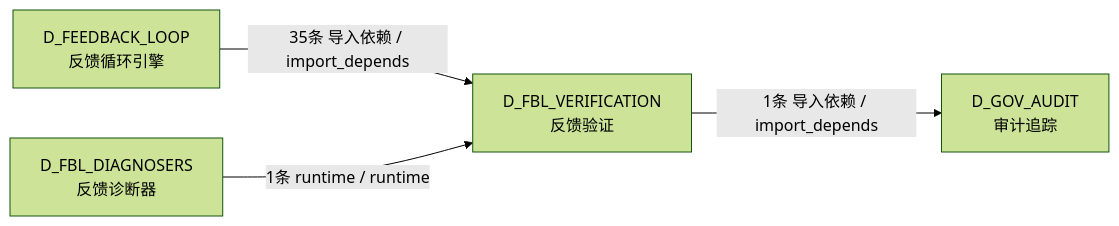
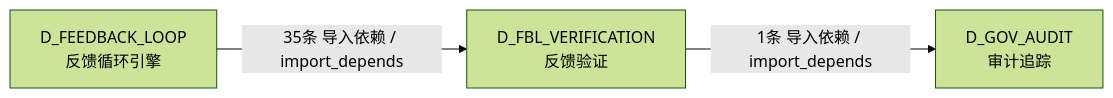
The sixth of 6 diagrams in docs/02_enterprise_architecture/02_domain_architecture_docs/13_d_fbl_verification.md (xuanFelixVan/ZephyrAlpha), drawn with Mermaid (forest theme) before and after one commit. The commit also changed other lines of this file and 105 other files, not shown here.

````diff
--- a/docs/02_enterprise_architecture/02_domain_architecture_docs/13_d_fbl_verification.md
+++ b/docs/02_enterprise_architecture/02_domain_architecture_docs/13_d_fbl_verification.md
@@ -496,10 +490,8 @@
 ```mermaid
 graph LR
     D_FBL_VERIFICATION["D_FBL_VERIFICATION<br/>反馈验证"]
     D_GOV_AUDIT["D_GOV_AUDIT<br/>审计追踪"]
     D_FEEDBACK_LOOP["D_FEEDBACK_LOOP<br/>反馈循环引擎"]
-    D_FBL_DIAGNOSERS["D_FBL_DIAGNOSERS<br/>反馈诊断器"]
     D_FBL_VERIFICATION -->|1条 导入依赖 / import_depends| D_GOV_AUDIT
     D_FEEDBACK_LOOP -->|35条 导入依赖 / import_depends| D_FBL_VERIFICATION
-    D_FBL_DIAGNOSERS -->|1条 runtime / runtime| D_FBL_VERIFICATION
 ```
````
